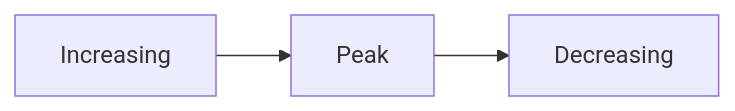
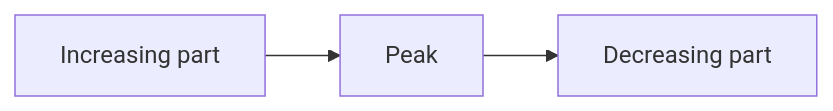
Before and after one commit to mthaiseer/springcloud-systemdesign-notes: diagram 17 of 24 in CP_DSA_NOTES/CONCEPT_FRAMEWORK_FORMS_TATICS/binary_search_playbook.md, drawn with Mermaid. The commit also changed other lines of this file, not shown here.

````diff
--- a/CP_DSA_NOTES/CONCEPT_FRAMEWORK_FORMS_TATICS/binary_search_playbook.md
+++ b/CP_DSA_NOTES/CONCEPT_FRAMEWORK_FORMS_TATICS/binary_search_playbook.md
@@ -580,5 +609,5 @@
 ```mermaid
 flowchart LR
-    A["Increasing"] --> B["Peak"]
-    B --> C["Decreasing"]
+    A["Increasing part"] --> B["Peak"]
+    B --> C["Decreasing part"]
 ```
````
